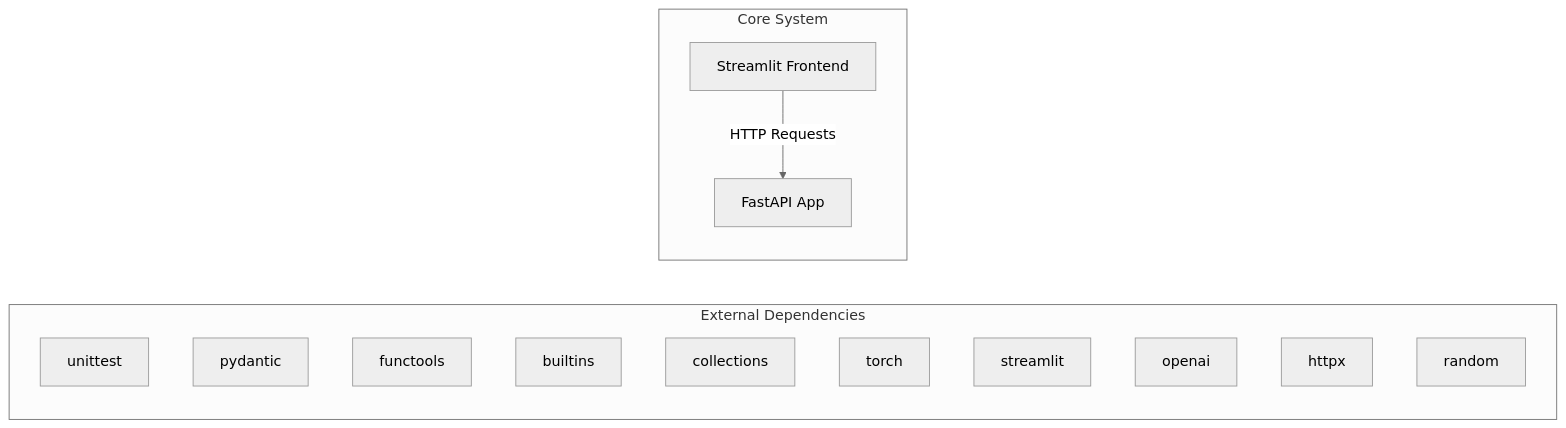
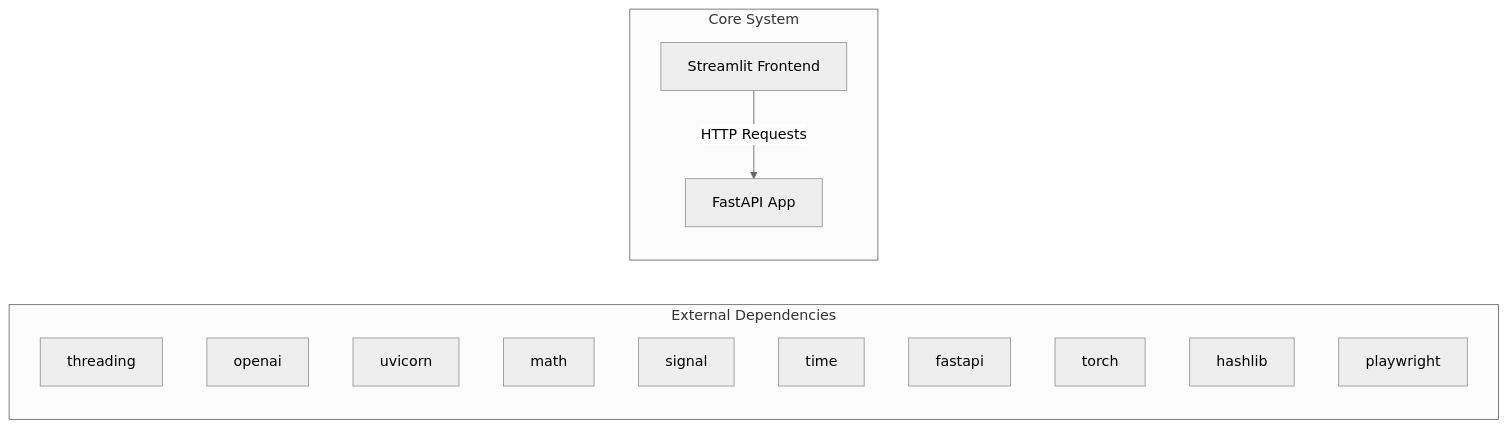
One commit to NITISH-R-G/rag-context-optimizer changed the first of 2 diagrams in docs/architecture.md. Above: the diagram before and after it, drawn with Mermaid (neutral theme). The commit also changed 1 other file, not shown here.

Commit message:
docs: auto-update repository knowledge, architecture diagrams, and documentation

````diff
--- a/docs/architecture.md
+++ b/docs/architecture.md
@@ -7,20 +7,20 @@
 ```mermaid
 graph LR
     subgraph External Dependencies
-        E0["unittest"]
-        E1["pydantic"]
-        E2["functools"]
-        E3["builtins"]
-        E4["collections"]
-        E5["torch"]
-        E6["streamlit"]
-        E7["openai"]
-        E8["httpx"]
-        E9["random"]
+        E0["threading"]
+        E1["openai"]
+        E2["uvicorn"]
+        E3["math"]
+        E4["signal"]
+        E5["time"]
+        E6["fastapi"]
+        E7["torch"]
+        E8["hashlib"]
+        E9["playwright"]
     end
     subgraph Core System
         API["FastAPI App"]
         UI["Streamlit Frontend"]
     end
     UI -->|HTTP Requests| API
 ```
````
